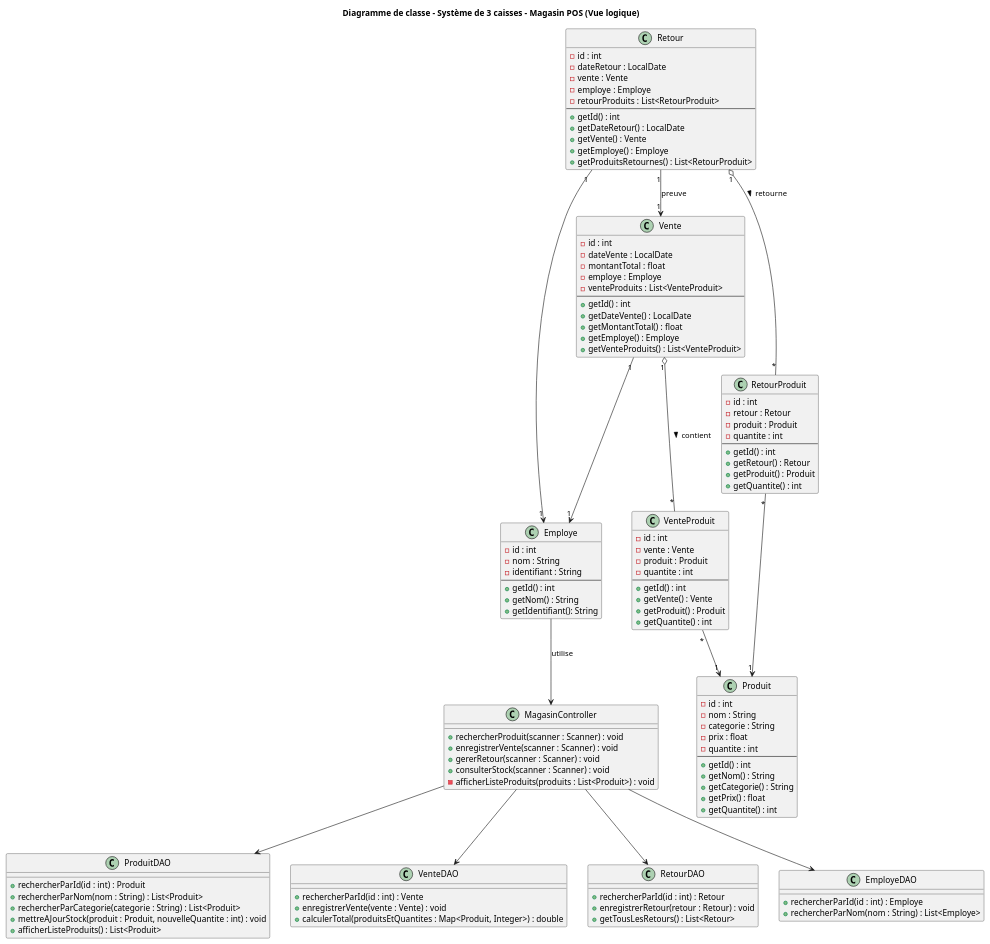
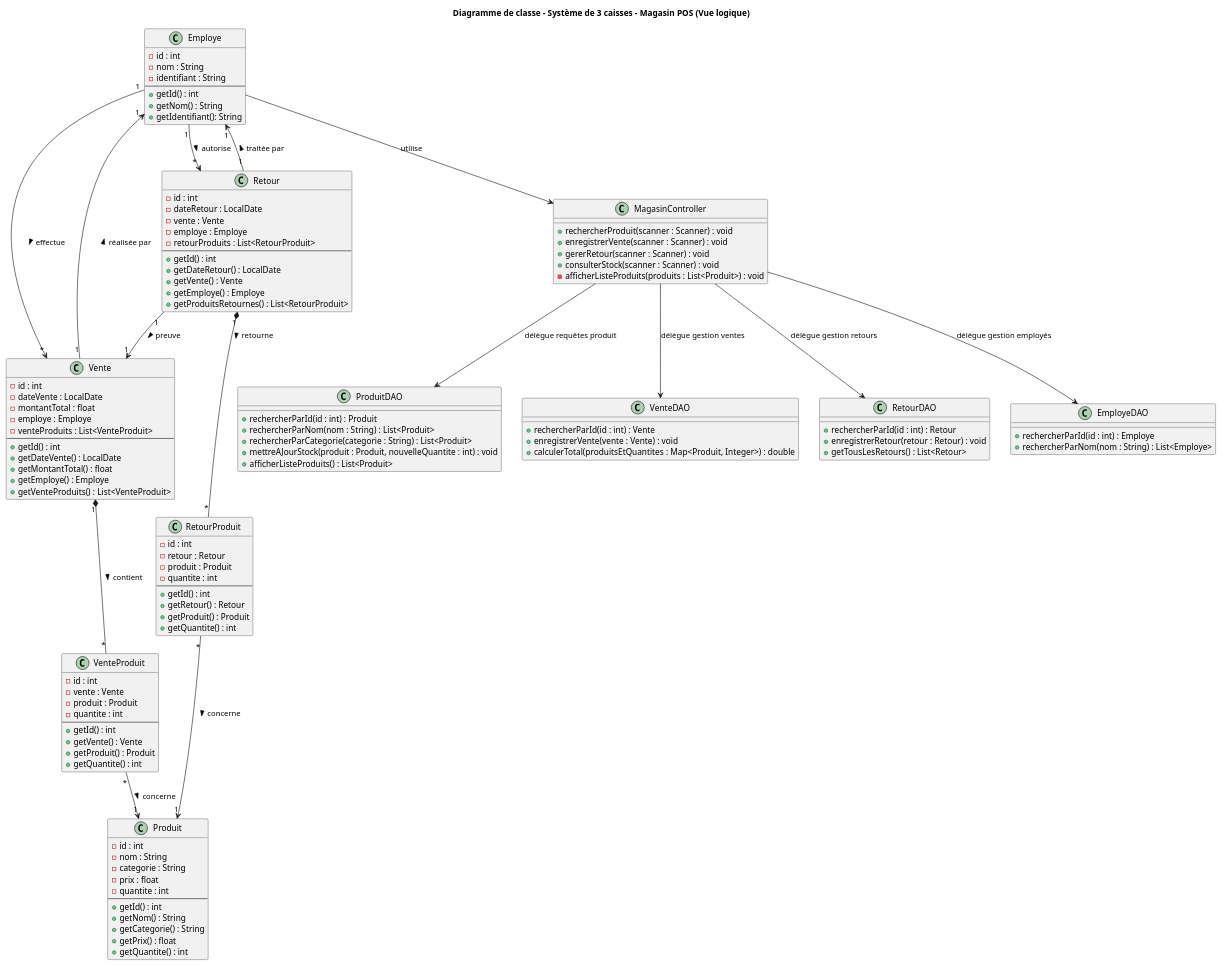
Before and after one commit to SlitherinSnake/tp0-1-2-log430: the diagram in docs/diagrams/dcl.puml, drawn with PlantUML.

Commit message:
Bon lien et explication

```diff
--- a/docs/diagrams/dcl.puml
+++ b/docs/diagrams/dcl.puml
@@ -1,134 +1,150 @@
 @startuml
 title Diagramme de classe - Système de 3 caisses - Magasin POS (Vue logique)
 
 ' === Entités principales ===
 class Employe {
   - id : int
   - nom : String
   - identifiant : String
   --
   + getId() : int
   + getNom() : String
   + getIdentifiant(): String
 }
 
 class Produit {
   - id : int
   - nom : String
   - categorie : String
   - prix : float
   - quantite : int
   --
   + getId() : int
   + getNom() : String
   + getCategorie() : String
   + getPrix() : float
   + getQuantite() : int
 }
 
 class Vente {
   - id : int
   - dateVente : LocalDate
   - montantTotal : float
   - employe : Employe
   - venteProduits : List<VenteProduit>
   --
   + getId() : int
   + getDateVente() : LocalDate
   + getMontantTotal() : float
   + getEmploye() : Employe
   + getVenteProduits() : List<VenteProduit>
 }
 
 class Retour {
   - id : int
   - dateRetour : LocalDate
   - vente : Vente
   - employe : Employe
   - retourProduits : List<RetourProduit>
   --
   + getId() : int
   + getDateRetour() : LocalDate
   + getVente() : Vente
   + getEmploye() : Employe
   + getProduitsRetournes() : List<RetourProduit>
 }
 
 class VenteProduit {
   - id : int
   - vente : Vente
   - produit : Produit
   - quantite : int
   --
   + getId() : int
   + getVente() : Vente
   + getProduit() : Produit
   + getQuantite() : int
 }
 
 class RetourProduit {
   - id : int
   - retour : Retour
   - produit : Produit
   - quantite : int
   --
   + getId() : int
   + getRetour() : Retour
   + getProduit() : Produit
   + getQuantite() : int
 }
 
 ' === DAO ===
 class ProduitDAO {
   + rechercherParId(id : int) : Produit
   + rechercherParNom(nom : String) : List<Produit>
   + rechercherParCategorie(categorie : String) : List<Produit>
   + mettreAJourStock(produit : Produit, nouvelleQuantite : int) : void
   + afficherListeProduits() : List<Produit>
 }
 
 
 class VenteDAO {
   + rechercherParId(id : int) : Vente
   + enregistrerVente(vente : Vente) : void
   + calculerTotal(produitsEtQuantites : Map<Produit, Integer>) : double
 }
 
 class RetourDAO {
   + rechercherParId(id : int) : Retour
   + enregistrerRetour(retour : Retour) : void
   + getTousLesRetours() : List<Retour>
 }
 
 class EmployeDAO {
   + rechercherParId(id : int) : Employe
   + rechercherParNom(nom : String) : List<Employe>
 }
 
 ' === Contrôleur ===
 class MagasinController {
   + rechercherProduit(scanner : Scanner) : void
   + enregistrerVente(scanner : Scanner) : void
   + gererRetour(scanner : Scanner) : void
   + consulterStock(scanner : Scanner) : void
   - afficherListeProduits(produits : List<Produit>) : void
 }
 
 ' === Relations ===
+' Employé utilise le contrôleur
 Employe --> MagasinController : utilise
-MagasinController --> ProduitDAO
-MagasinController --> VenteDAO
-MagasinController --> RetourDAO
-MagasinController --> EmployeDAO
 
-Vente "1" --> "1" Employe
-Retour "1" --> "1" Employe
-Retour "1" --> "1" Vente : preuve
+' Utilisation des DAO par le contrôleur
+MagasinController --> ProduitDAO : délègue requêtes produit
+MagasinController --> VenteDAO : délègue gestion ventes
+MagasinController --> RetourDAO : délègue gestion retours
+MagasinController --> EmployeDAO : délègue gestion employés
 
-Vente "1" o-- "*" VenteProduit : contient >
-Retour "1" o-- "*" RetourProduit : retourne >
+' Employé effectue plusieurs ventes et retours
+Employe "1" --> "*" Vente : effectue >
+Employe "1" --> "*" Retour : autorise >
 
-VenteProduit "*" --> "1" Produit
-RetourProduit "*" --> "1" Produit
+' Vente et Retour liée à un employé
+Vente "1" --> "1" Employe : réalisée par >
+Retour "1" --> "1" Employe : traitée par >
+
+' Retour référence une vente existante
+Retour "1" --> "1" Vente : preuve >
+
+' Vente et Retour contient plusieurs lignes de produit
+' "*--" et non "--", car VenteProduit et RetourProduit sont des compositions
+' et non associations, car c'est pas un objet indépendant, mais une composition
+' soit un objet (une partie) qui dépend entièrement de tout (Vente et Retour)
+Vente "1" *-- "*" VenteProduit : contient >
+Retour "1" *-- "*" RetourProduit : retourne >
+
+' Chaque ligne produit est associée à un produit
+VenteProduit "*" --> "1" Produit : concerne >
+RetourProduit "*" --> "1" Produit : concerne >
+
 
 @enduml
```
